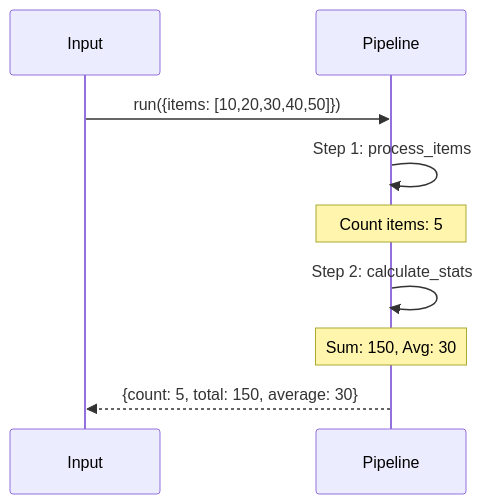
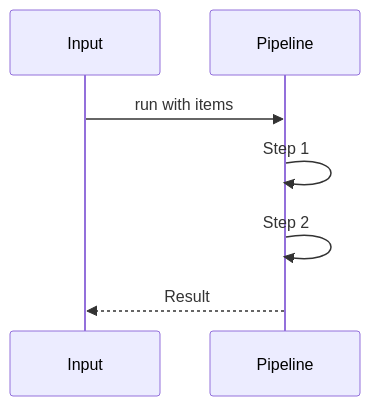
Before and after one commit to wisrovi/wpipe: the second of 5 diagrams in examples/api_pipeline/03_no_api/README.md, drawn with Mermaid. The commit also changed other lines of this file and 20 other files, not shown here.

First line of the commit message:
Simplify Mermaid diagrams for better rendering

````diff
--- a/examples/api_pipeline/03_no_api/README.md
+++ b/examples/api_pipeline/03_no_api/README.md
@@ -22,15 +22,10 @@
 ```mermaid
 sequenceDiagram
-    participant Input
-    participant Pipeline
+    participant I as Input
+    participant P as Pipeline
     
-    Input->>Pipeline: run({items: [10,20,30,40,50]})
-    
-    Pipeline->>Pipeline: Step 1: process_items
-    Note over Pipeline: Count items: 5
-    
-    Pipeline->>Pipeline: Step 2: calculate_stats
-    Note over Pipeline: Sum: 150, Avg: 30
-    
-    Pipeline-->>Input: {count: 5, total: 150, average: 30}
+    I->>P: run with items
+    P->>P: Step 1
+    P->>P: Step 2
+    P-->>I: Result
 ```
````
